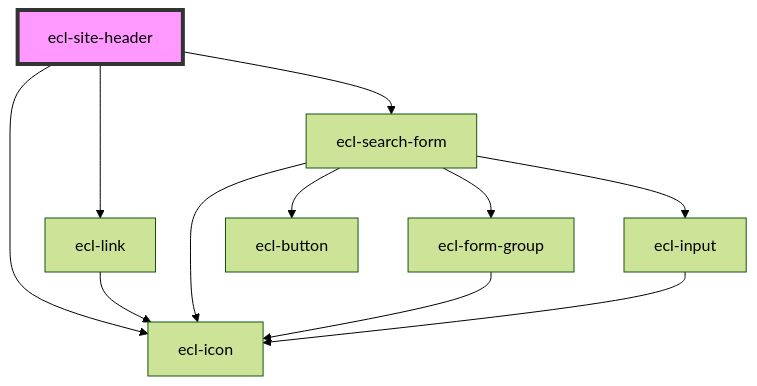
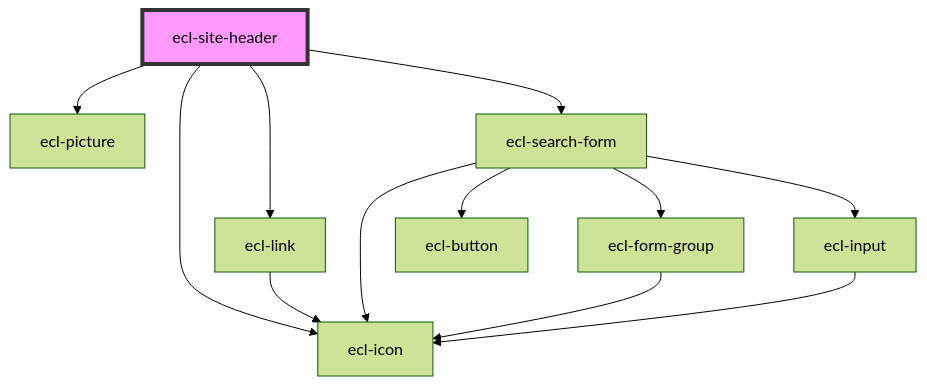
One commit to ec-europa/ecl-webcomponents changed the diagram in src/components/ecl-site-header/readme.md. Above: the diagram before and after it, drawn with Mermaid (forest theme). The commit also changed other lines of this file and 77 other files, not shown here.

````diff
--- a/src/components/ecl-site-header/readme.md
+++ b/src/components/ecl-site-header/readme.md
@@ -44,14 +45,15 @@
 ```mermaid
 graph TD;
   ecl-site-header --> ecl-link
+  ecl-site-header --> ecl-picture
   ecl-site-header --> ecl-icon
   ecl-site-header --> ecl-search-form
   ecl-link --> ecl-icon
   ecl-search-form --> ecl-form-group
   ecl-search-form --> ecl-input
   ecl-search-form --> ecl-button
   ecl-search-form --> ecl-icon
   ecl-form-group --> ecl-icon
   ecl-input --> ecl-icon
   style ecl-site-header fill:#f9f,stroke:#333,stroke-width:4px
 ```
````
